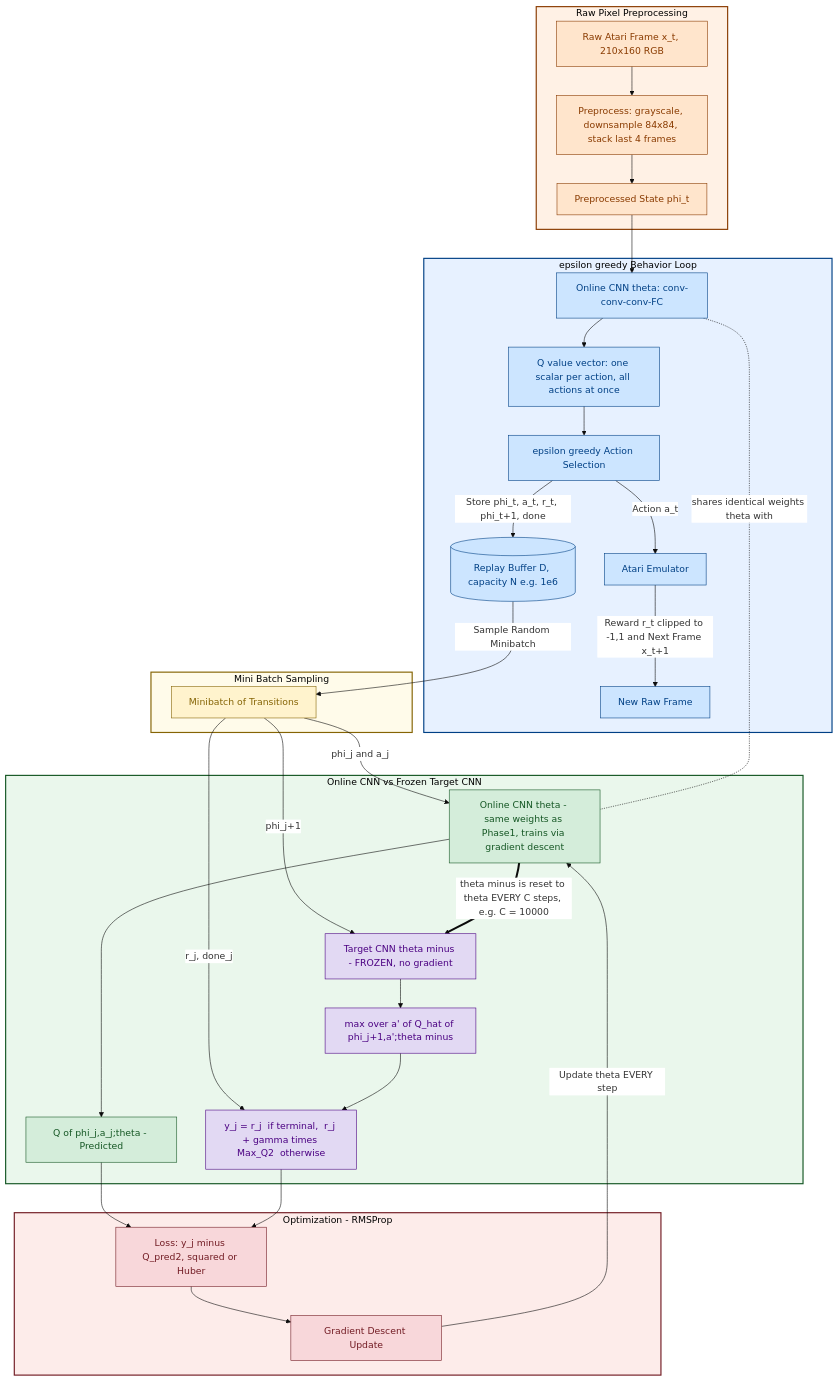
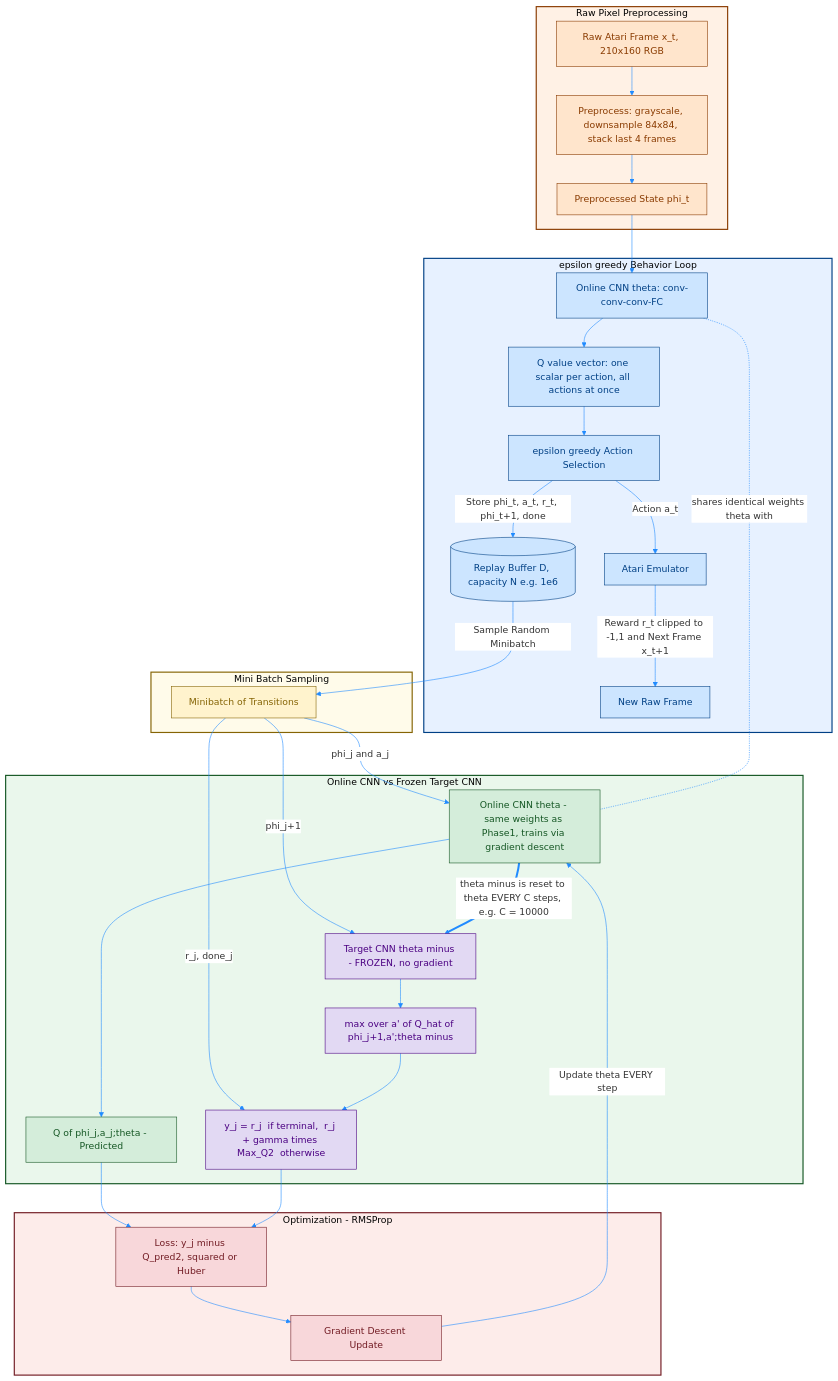
Before and after one commit to Open-Source-Robotics-For-Myanmar/rl: the second of 3 diagrams in Day81 RL python/02_Miguel Morales - Grokking Deep Reinforcement Learning/02_rl_with_dl/rom_photos/02_DQN.md, drawn with Mermaid. The commit also changed other lines of this file and 3 other files, not shown here.

````diff
--- a/Day81 RL python/02_Miguel Morales - Grokking Deep Reinforcement Learning/02_rl_with_dl/rom_photos/02_DQN.md
+++ b/Day81 RL python/02_Miguel Morales - Grokking Deep Reinforcement Learning/02_rl_with_dl/rom_photos/02_DQN.md
@@ -62,61 +62,61 @@
 ```mermaid
-%%{init: {'theme': 'base', 'themeVariables': { 'primaryColor': '#ffffff'}}}%%
+%%{init: {'theme': 'base', 'themeVariables': { 'primaryColor': '#ffffff', 'lineColor': '#218bff'}}}%%
 graph TD
     subgraph Phase0 [Raw Pixel Preprocessing]
         Raw[Raw Atari Frame x_t, 210x160 RGB] --> Pre[Preprocess: grayscale, downsample 84x84, stack last 4 frames]
         Pre --> Phi[Preprocessed State phi_t]
     end
 
     subgraph Phase1 [epsilon greedy Behavior Loop]
         Phi --> CNN_Online[Online CNN theta: conv-conv-conv-FC]
         CNN_Online --> Qvec[Q value vector: one scalar per action, all actions at once]
         Qvec --> Select[epsilon greedy Action Selection]
         Select -->|Action a_t| Emu[Atari Emulator]
         Emu -->|Reward r_t clipped to -1,1 and Next Frame x_t+1| Raw2[New Raw Frame]
         Select -->|Store phi_t, a_t, r_t, phi_t+1, done| Buffer[(Replay Buffer D, capacity N e.g. 1e6)]
     end
 
     subgraph Phase2 [Mini Batch Sampling]
         Buffer -->|Sample Random Minibatch| Batch[Minibatch of Transitions]
     end
 
     subgraph Phase3 [Online CNN vs Frozen Target CNN]
         Batch -->|phi_j and a_j| Q_Current[Online CNN theta - same weights as Phase1, trains via gradient descent]
         Q_Current --> Q_pred2[Q of phi_j,a_j;theta - Predicted]
 
         Batch -->|phi_j+1| Q_Target[Target CNN theta minus - FROZEN, no gradient]
         Q_Target --> Max_Q2[max over a' of Q_hat of phi_j+1,a';theta minus]
         Batch -->|r_j, done_j| Target_Y2["y_j = r_j  if terminal,  r_j + gamma times Max_Q2  otherwise"]
         Max_Q2 --> Target_Y2
     end
 
     subgraph Phase4 [Optimization - RMSProp]
         Q_pred2 --> Loss2[Loss: y_j minus Q_pred2, squared or Huber]
         Target_Y2 --> Loss2
         Loss2 --> Opt2[Gradient Descent Update]
         Opt2 -->|Update theta EVERY step| Q_Current
     end
 
     Q_Current ==>|theta minus is reset to theta EVERY C steps, e.g. C = 10000| Q_Target
     CNN_Online -. shares identical weights theta with .- Q_Current
 
     classDef preprocess fill:#ffe5cc,stroke:#8a3b00,stroke-width:1px,color:#8a3b00;
     classDef dataGathering fill:#cce5ff,stroke:#004085,stroke-width:1px,color:#004085;
     classDef sampling fill:#fff3cd,stroke:#856404,stroke-width:1px,color:#856404;
     classDef current fill:#d4edda,stroke:#155724,stroke-width:1px,color:#155724;
     classDef target fill:#e2d9f3,stroke:#4b0082,stroke-width:1px,color:#4b0082;
     classDef optimization fill:#f8d7da,stroke:#721c24,stroke-width:1px,color:#721c24;
 
     class Raw,Pre,Phi preprocess;
     class CNN_Online,Qvec,Select,Emu,Raw2,Buffer dataGathering;
     class Batch sampling;
     class Q_Current,Q_pred2 current;
     class Q_Target,Max_Q2,Target_Y2 target;
     class Loss2,Opt2 optimization;
 
     style Phase0 fill:#fff1e5,stroke:#8a3b00,stroke-width:2px;
     style Phase1 fill:#e7f1ff,stroke:#004085,stroke-width:2px;
     style Phase2 fill:#fffbea,stroke:#856404,stroke-width:2px;
     style Phase3 fill:#eaf7ec,stroke:#155724,stroke-width:2px;
     style Phase4 fill:#fdecea,stroke:#721c24,stroke-width:2px;
 ```
````
